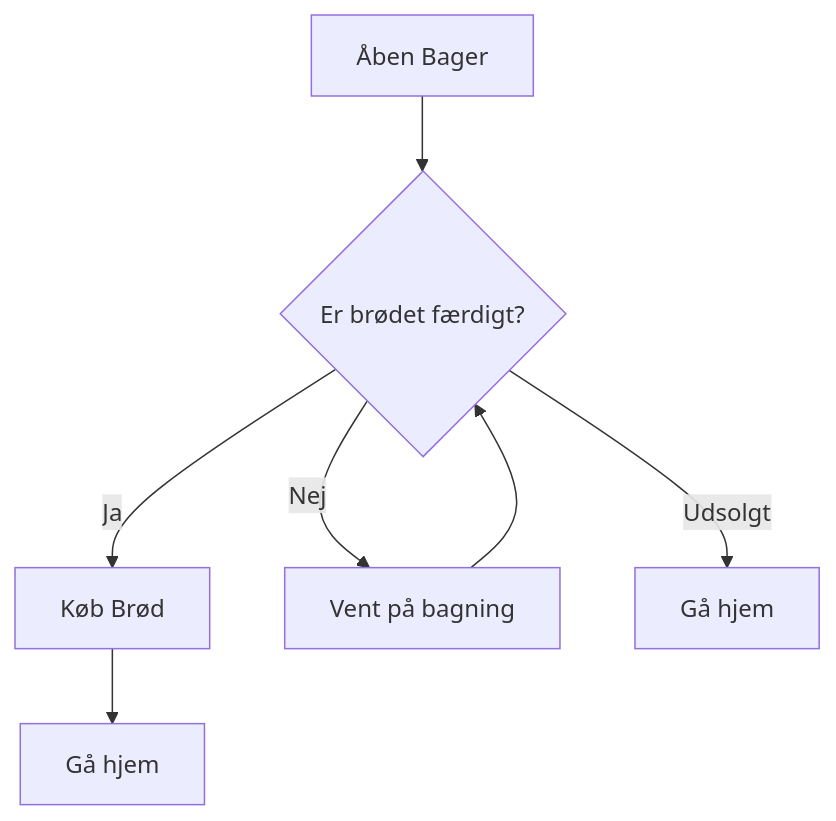
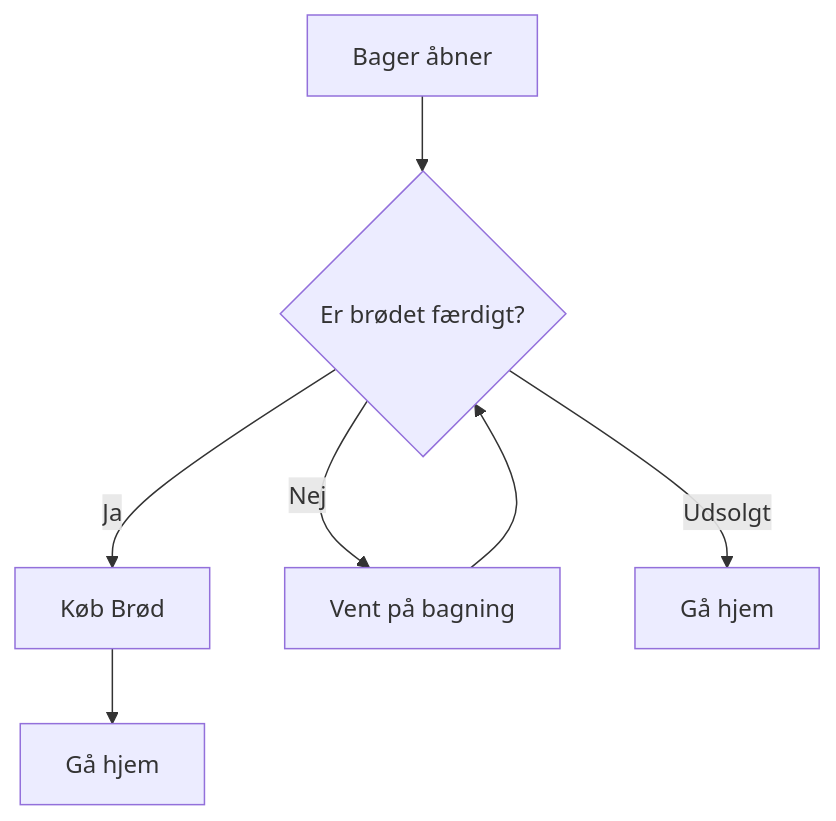
Before and after one commit to Rosenorn-Solutions/Praktik_Opgaver: the first of 2 diagrams in Opgaver_Guided/README.md, drawn with Mermaid. The commit also changed other lines of this file, not shown here.

````diff
--- a/Opgaver_Guided/README.md
+++ b/Opgaver_Guided/README.md
@@ -109,9 +109,9 @@
 ```mermaid
 flowchart TD
-    A[Åben Bager] --> B{Er brødet færdigt?}
+    A[Bager åbner] --> B{Er brødet færdigt?}
     B -->|Ja| C[Køb Brød]
     B -->|Nej| D[Vent på bagning]
     D --> B
     B -->|Udsolgt| E[Gå hjem]
     C --> F[Gå hjem]
 ```
````
